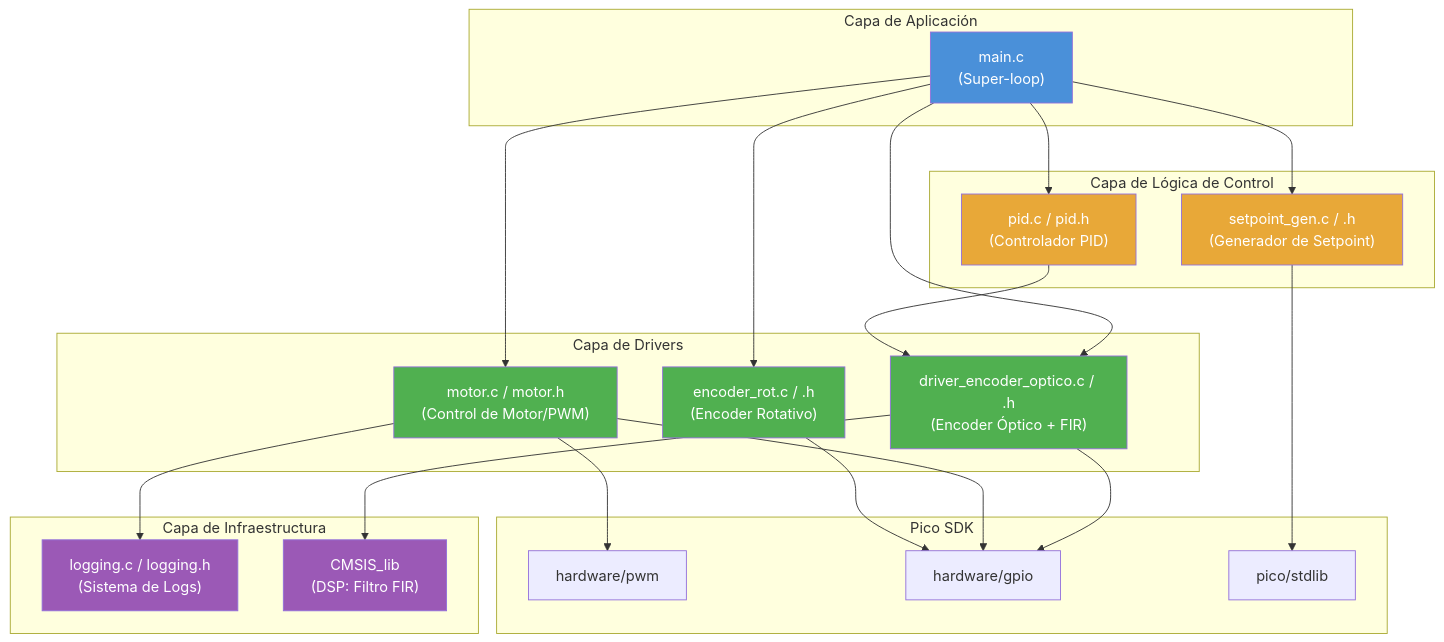
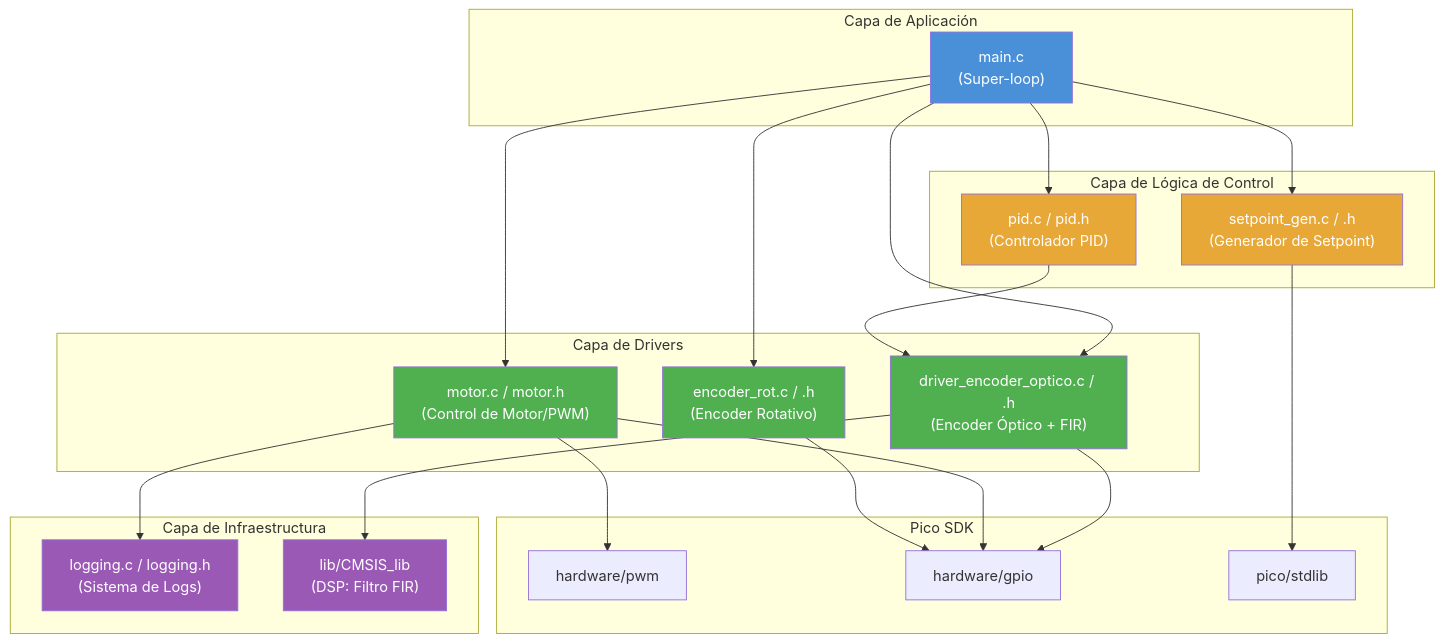
The first of 7 diagrams in docs/architecture_analysis.md (MaximoMonelos/pid_motor_baremetal), drawn with Mermaid before and after one commit. The commit also changed other lines of this file and 7181 other files, not shown here.

````diff
--- a/docs/architecture_analysis.md
+++ b/docs/architecture_analysis.md
@@ -76,52 +76,52 @@
 ```mermaid
 graph TD
     subgraph "Capa de Aplicación"
         MAIN["main.c<br/>(Super-loop)"]
     end
 
     subgraph "Capa de Lógica de Control"
         PID["pid.c / pid.h<br/>(Controlador PID)"]
         SPGEN["setpoint_gen.c / .h<br/>(Generador de Setpoint)"]
     end
 
     subgraph "Capa de Drivers"
         MOTOR["motor.c / motor.h<br/>(Control de Motor/PWM)"]
         ENCOPT["driver_encoder_optico.c / .h<br/>(Encoder Óptico + FIR)"]
         ENCROT["encoder_rot.c / .h<br/>(Encoder Rotativo)"]
     end
 
     subgraph "Capa de Infraestructura"
         LOG["logging.c / logging.h<br/>(Sistema de Logs)"]
-        CMSIS["CMSIS_lib<br/>(DSP: Filtro FIR)"]
+        CMSIS["lib/CMSIS_lib<br/>(DSP: Filtro FIR)"]
     end
 
     subgraph "Pico SDK"
         SDK_PWM["hardware/pwm"]
         SDK_GPIO["hardware/gpio"]
         SDK_STDLIB["pico/stdlib"]
     end
 
     MAIN --> PID
     MAIN --> SPGEN
     MAIN --> MOTOR
     MAIN --> ENCOPT
     MAIN --> ENCROT
 
     PID --> ENCOPT
     MOTOR --> LOG
     ENCOPT --> CMSIS
     ENCOPT --> SDK_GPIO
     MOTOR --> SDK_PWM
     MOTOR --> SDK_GPIO
     ENCROT --> SDK_GPIO
     SPGEN --> SDK_STDLIB
 
     style MAIN fill:#4a90d9,color:#fff
     style PID fill:#e8a838,color:#fff
     style SPGEN fill:#e8a838,color:#fff
     style MOTOR fill:#50b050,color:#fff
     style ENCOPT fill:#50b050,color:#fff
     style ENCROT fill:#50b050,color:#fff
     style LOG fill:#9b59b6,color:#fff
     style CMSIS fill:#9b59b6,color:#fff
 ```
````
